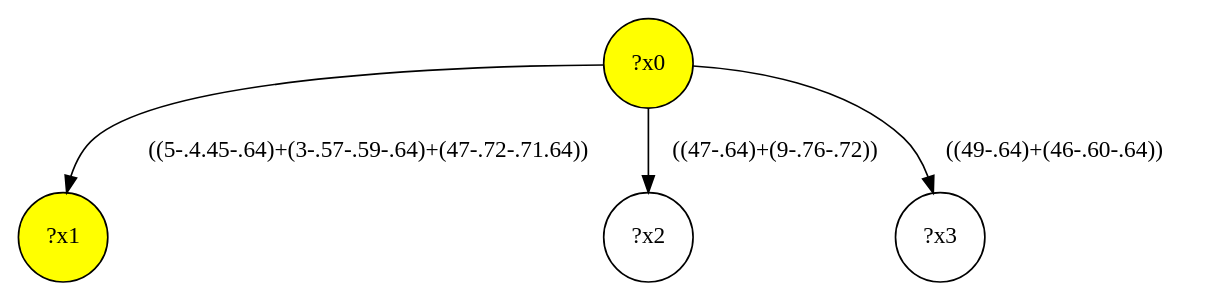
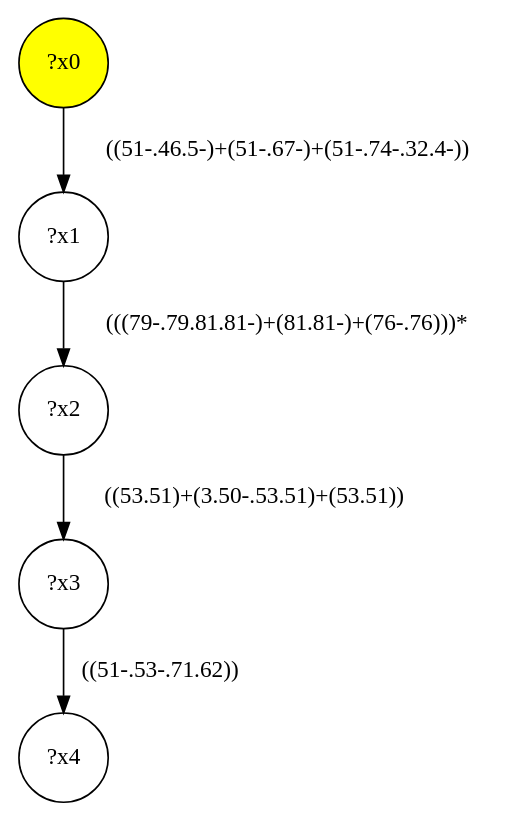
One commit to gbagan/gmark changed the diagram in demo/shop/shop-interface/query-31.dot. Above: the diagram before and after it, drawn with Graphviz. The commit also changed 2835 other files, not shown here.

```diff
--- a/demo/shop/shop-interface/query-31.dot
+++ b/demo/shop/shop-interface/query-31.dot
@@ -1,9 +1,11 @@
 digraph g {
 	x0 [fillcolor="yellow", style="filled," shape=circle, label="?x0"];
-	x1 [fillcolor="yellow", style="filled," shape=circle, label="?x1"];
-	x0 -> x1 [label="((5-.4.45-.64)+(3-.57-.59-.64)+(47-.72-.71.64))"];
+	x1 [shape=circle, label="?x1"];
+	x0 -> x1 [label="((51-.46.5-)+(51-.67-)+(51-.74-.32.4-))"];
 	x2 [shape=circle, label="?x2"];
-	x0 -> x2 [label="((47-.64)+(9-.76-.72))"];
+	x1 -> x2 [label="(((79-.79.81.81-)+(81.81-)+(76-.76)))*"];
 	x3 [shape=circle, label="?x3"];
-	x0 -> x3 [label="((49-.64)+(46-.60-.64))"];
+	x2 -> x3 [label="((53.51)+(3.50-.53.51)+(53.51))"];
+	x4 [shape=circle, label="?x4"];
+	x3 -> x4 [label="((51-.53-.71.62))"];
 }
```
